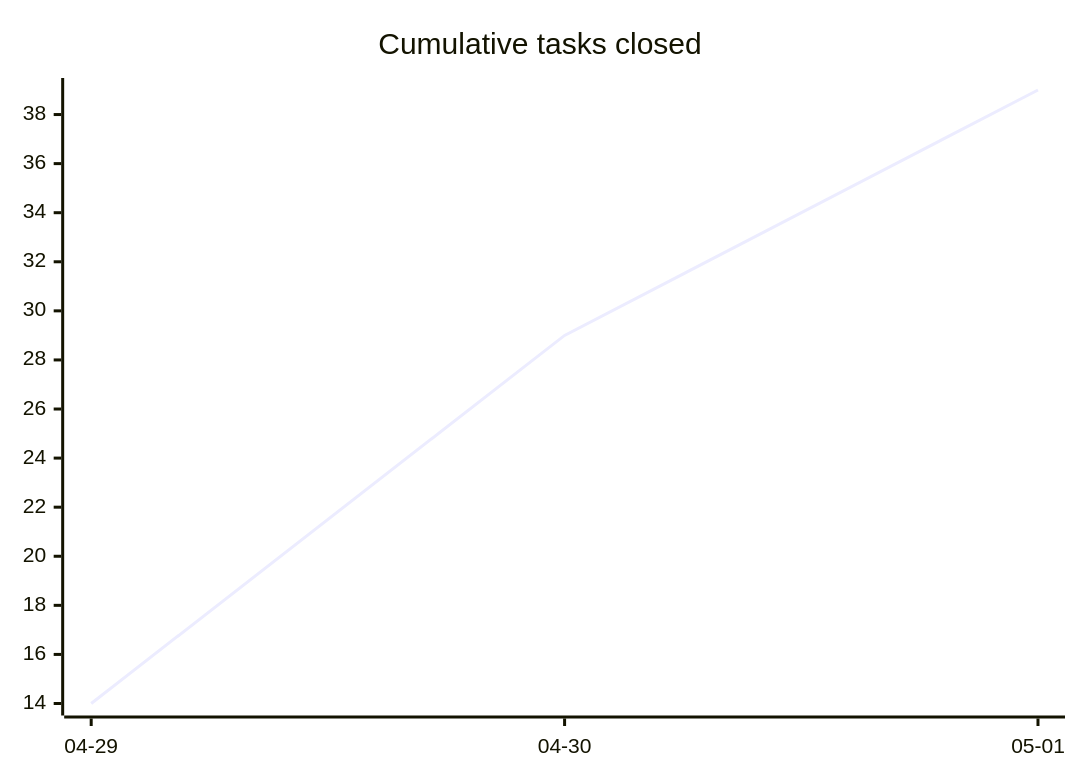
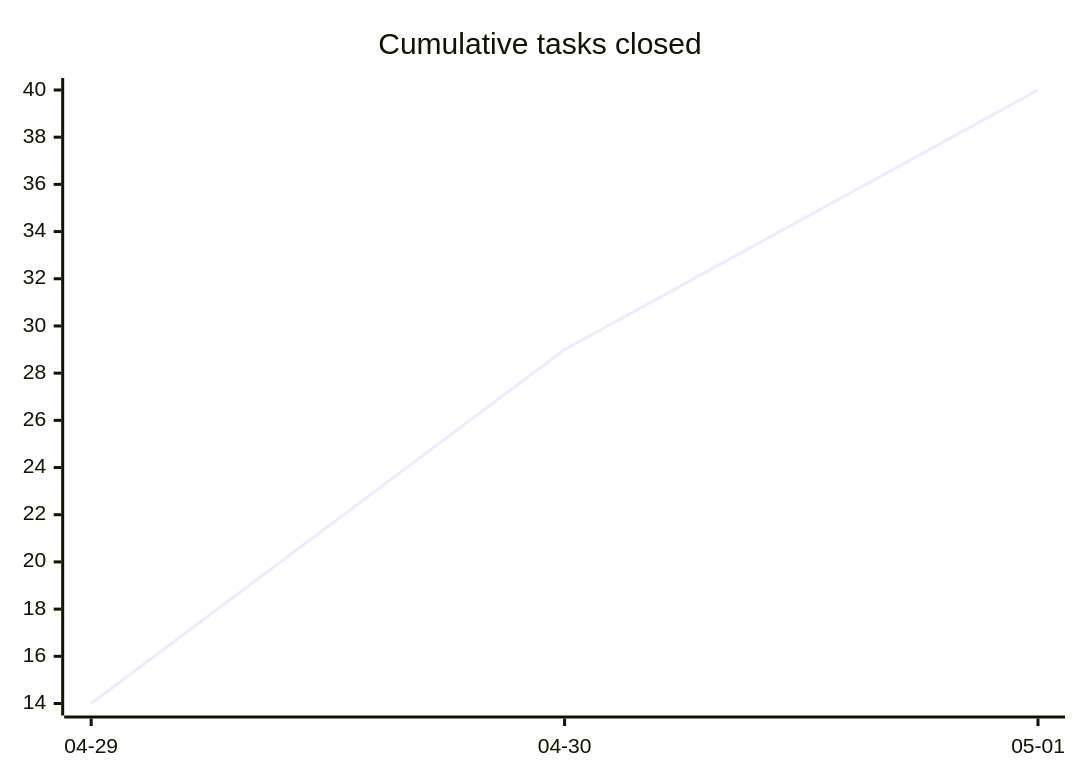
The first of 3 diagrams in docs/developers/tasks/OVERVIEW.md (tgd1975/AwesomeStudioPedal), drawn with Mermaid before and after one commit. The commit also changed other lines of this file and 10 other files, not shown here.

````diff
--- a/docs/developers/tasks/OVERVIEW.md
+++ b/docs/developers/tasks/OVERVIEW.md
@@ -22,6 +22,6 @@
 ```mermaid
 xychart-beta
     title "Cumulative tasks closed"
     x-axis ["04-29", "04-30", "05-01"]
-    line [14, 29, 39]
+    line [14, 29, 40]
 ```
````
